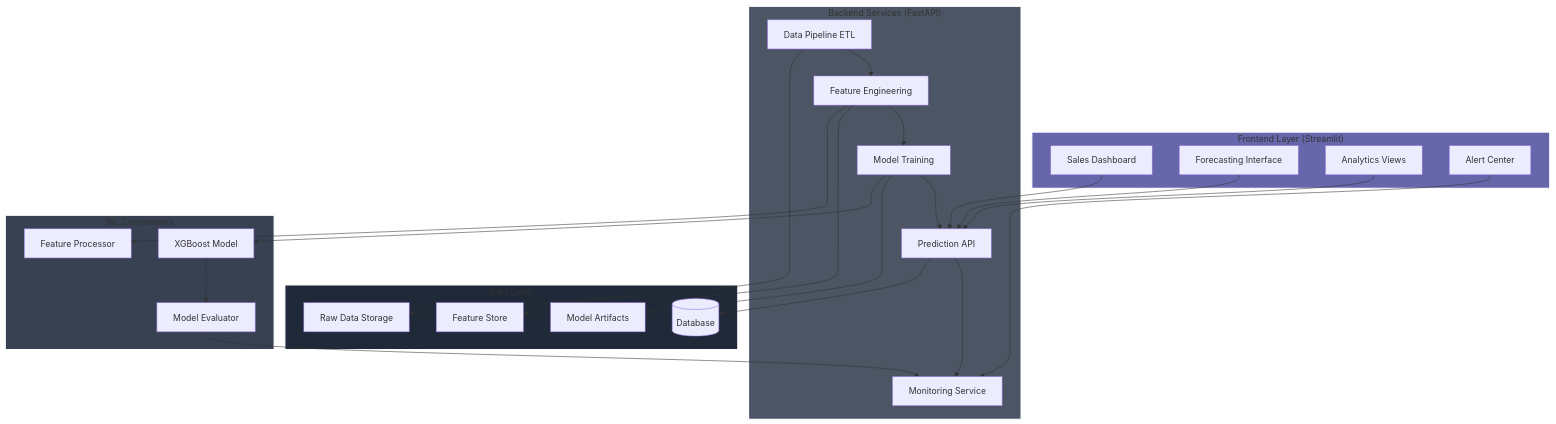
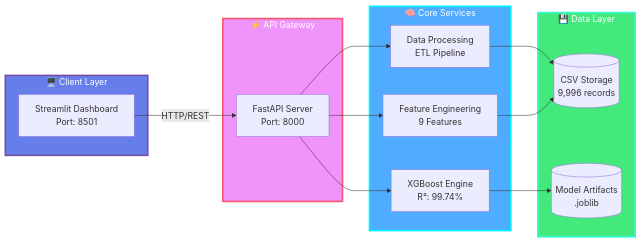
Before and after one commit to himayath07/DMart-Analytics-Intelligence-Platform: the diagram in README.md, drawn with Mermaid. The commit also changed other lines of this file, not shown here.

````diff
--- a/README.md
+++ b/README.md
@@ -7,59 +51,34 @@
 ```mermaid
-graph TB
-    subgraph Frontend["Frontend Layer (Streamlit)"]
-        A1[Sales Dashboard]
-        A2[Forecasting Interface]
-        A3[Analytics Views]
-        A4[Alert Center]
+graph LR
+    subgraph Client["🖥️ Client Layer"]
+        UI[Streamlit Dashboard<br/>Port: 8501]
     end
-
-    subgraph Backend["Backend Services (FastAPI)"]
-        B1[Data Pipeline ETL]
-        B2[Feature Engineering]
-        B3[Model Training]
-        B4[Prediction API]
-        B5[Monitoring Service]
+    
+    subgraph API["⚡ API Gateway"]
+        FastAPI[FastAPI Server<br/>Port: 8000]
     end
-
-    subgraph DataLayer["Data Layer"]
-        C1[Raw Data Storage]
-        C2[Feature Store]
-        C3[Model Artifacts]
-        C4[(Database)]
+    
+    subgraph Core["🧠 Core Services"]
+        ML[XGBoost Engine<br/>R²: 99.74%]
+        FE[Feature Engineering<br/>9 Features]
+        DP[Data Processing<br/>ETL Pipeline]
     end
-
-    subgraph ML["ML Components"]
-        D1[XGBoost Model]
-        D2[Feature Processor]
-        D3[Model Evaluator]
+    
+    subgraph Storage["💾 Data Layer"]
+        CSV[(CSV Storage<br/>9,996 records)]
+        Models[(Model Artifacts<br/>.joblib)]
     end
-
-    %% Frontend to Backend connections
-    A1 --> B4
-    A2 --> B4
-    A3 --> B4
-    A4 --> B5
-
-    %% Backend internal connections
-    B1 --> B2
-    B2 --> B3
-    B3 --> B4
-    B4 --> B5
-
-    %% Backend to Data Layer connections
-    B1 --> C1
-    B2 --> C2
-    B3 --> C3
-    B4 --> C4
-
-    %% ML connections
-    B3 --> D1
-    B2 --> D2
-    D1 --> D3
-    D3 --> B5
-
-    style Frontend fill:#6667AB,stroke:#fff,stroke-width:2px
-    style Backend fill:#4B5563,stroke:#fff,stroke-width:2px
-    style DataLayer fill:#1F2937,stroke:#fff,stroke-width:2px
-    style ML fill:#374151,stroke:#fff,stroke-width:2px
+    
+    UI -->|HTTP/REST| FastAPI
+    FastAPI --> ML
+    FastAPI --> FE
+    FastAPI --> DP
+    DP --> CSV
+    ML --> Models
+    FE --> CSV
+    
+    style Client fill:#667eea,stroke:#764ba2,stroke-width:3px,color:#fff
+    style API fill:#f093fb,stroke:#f5576c,stroke-width:3px,color:#fff
+    style Core fill:#4facfe,stroke:#00f2fe,stroke-width:3px,color:#fff
+    style Storage fill:#43e97b,stroke:#38f9d7,stroke-width:3px,color:#fff
 ```
````
